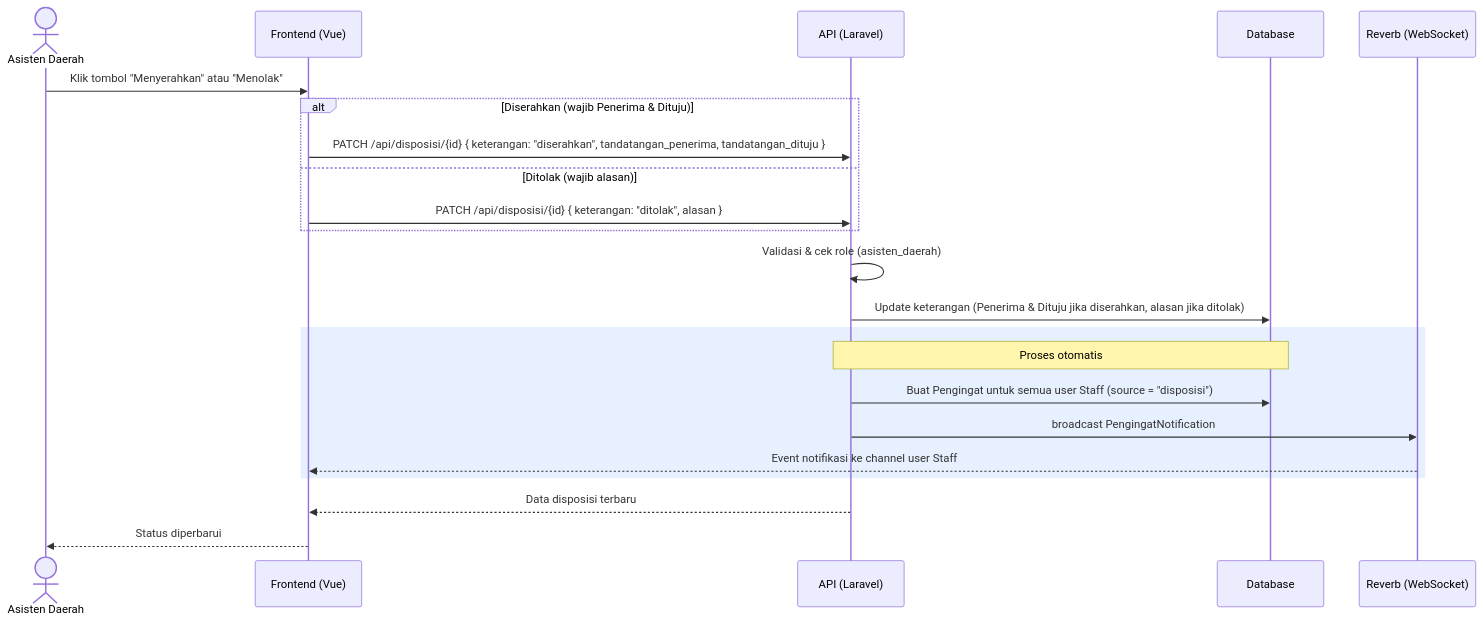
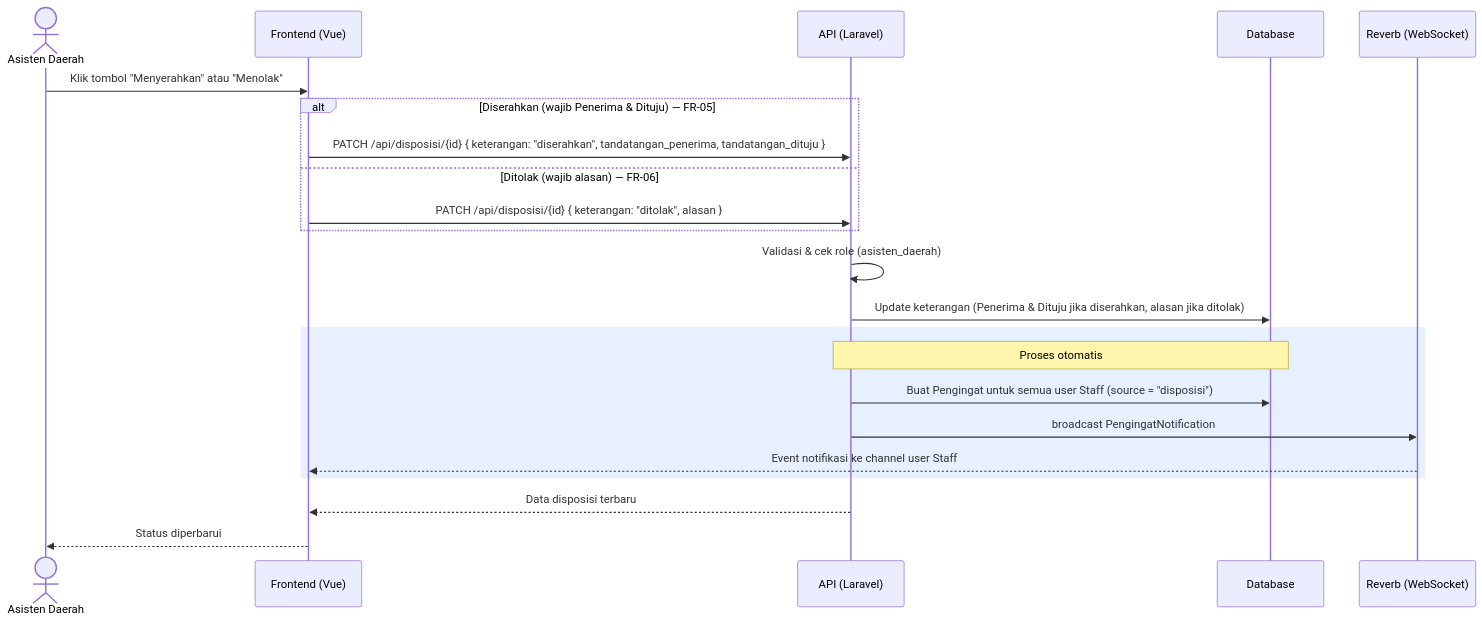
One commit to cisnatinnov/SI_Pengelolaan_Data_Agenda changed the seventh of 28 diagrams in laravel-vue-mvc/docs/UML_Documentation.md. Above: the diagram before and after it, drawn with Mermaid. The commit also changed other lines of this file and 44 other files, not shown here.

First line of the commit message:
Add and update diagrams for various features; remove outdated diagrams

````diff
--- a/laravel-vue-mvc/docs/UML_Documentation.md
+++ b/laravel-vue-mvc/docs/UML_Documentation.md
@@ -259,28 +316,28 @@
 ```mermaid
 sequenceDiagram
     actor Asisten as Asisten Daerah
     participant UI as Frontend (Vue)
     participant API as API (Laravel)
     participant DB as Database
     participant WS as Reverb (WebSocket)
 
     Asisten->>UI: Klik tombol "Menyerahkan" atau "Menolak"
-    alt Diserahkan (wajib Penerima & Dituju)
+    alt Diserahkan (wajib Penerima & Dituju) — FR-05
         UI->>API: PATCH /api/disposisi/{id} { keterangan: "diserahkan", tandatangan_penerima, tandatangan_dituju }
-    else Ditolak (wajib alasan)
+    else Ditolak (wajib alasan) — FR-06
         UI->>API: PATCH /api/disposisi/{id} { keterangan: "ditolak", alasan }
     end
 
     API->>API: Validasi & cek role (asisten_daerah)
     API->>DB: Update keterangan (Penerima & Dituju jika diserahkan, alasan jika ditolak)
 
     rect rgb(230, 240, 255)
         Note over API,DB: Proses otomatis
         API->>DB: Buat Pengingat untuk semua user Staff (source = "disposisi")
         API->>WS: broadcast PengingatNotification
         WS-->>UI: Event notifikasi ke channel user Staff
     end
 
     API-->>UI: Data disposisi terbaru
     UI-->>Asisten: Status diperbarui
 ```
````
